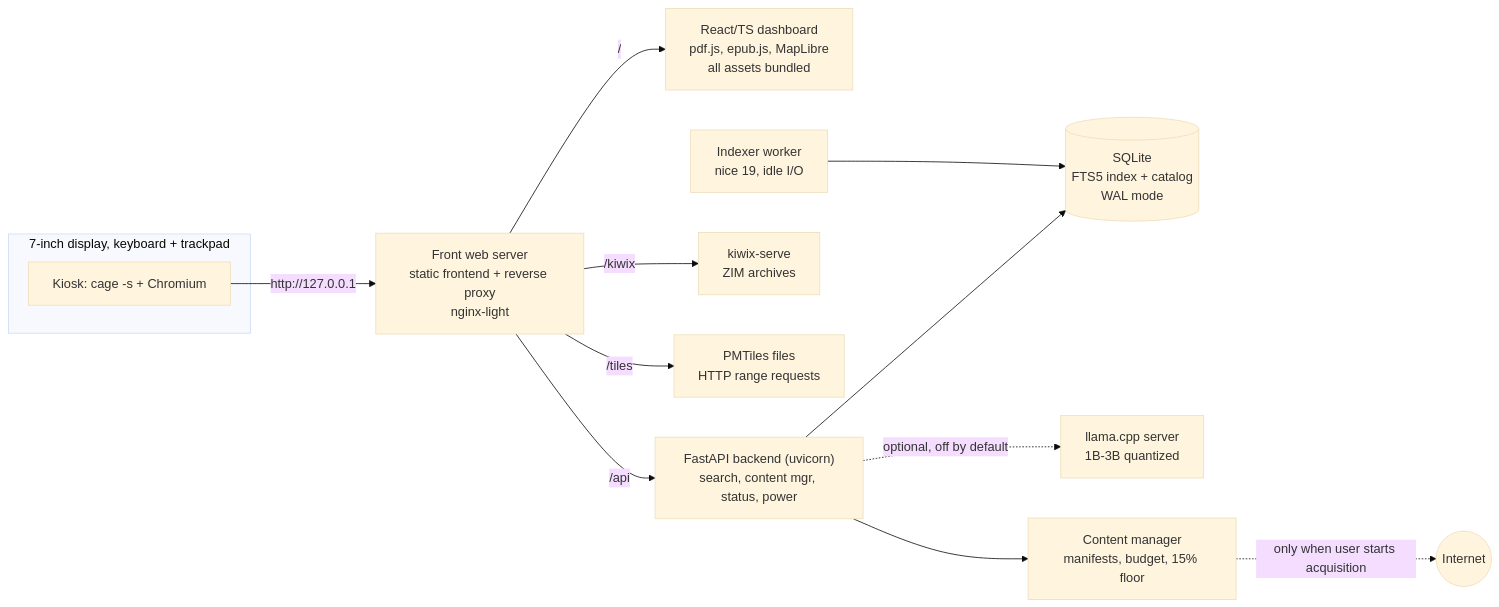
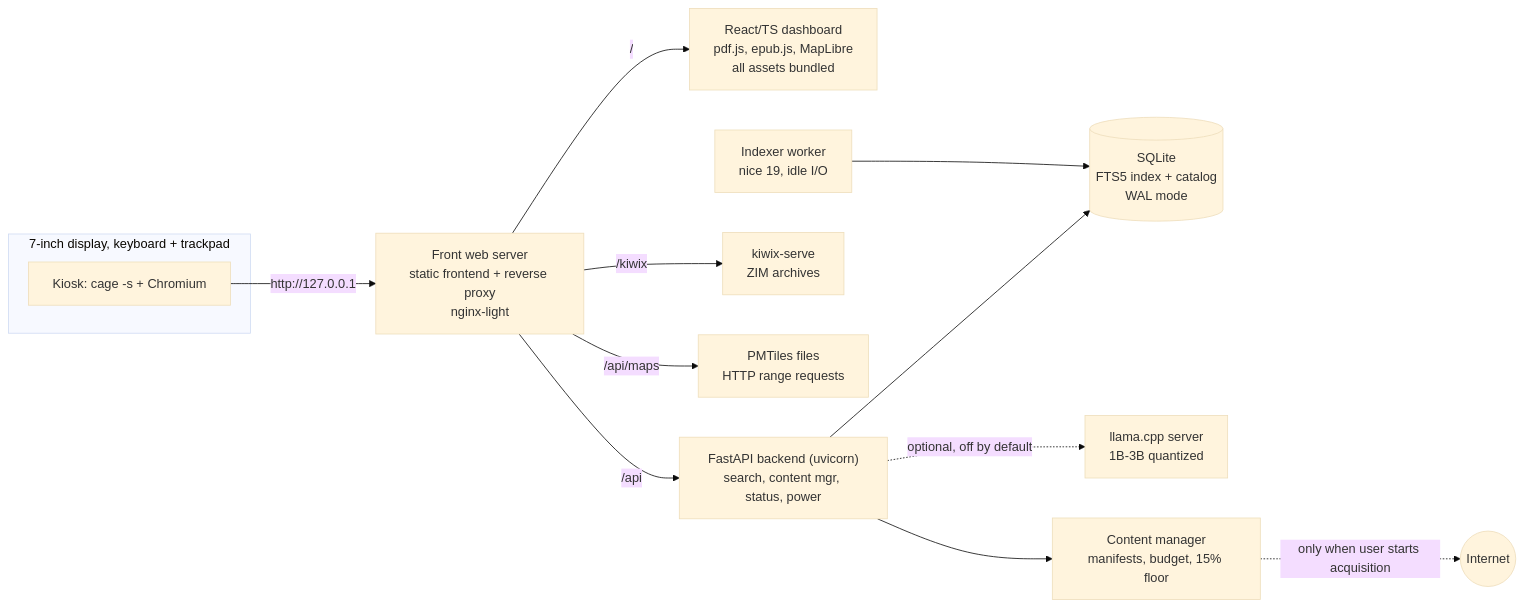
The diagram in docs/ARCHITECTURE.md (cloudelmore/survival-os), drawn with Mermaid (base theme) before and after one commit. The commit also changed other lines of this file and 56 other files, not shown here.

````diff
--- a/docs/ARCHITECTURE.md
+++ b/docs/ARCHITECTURE.md
@@ -19,16 +19,16 @@
 ```mermaid
 flowchart LR
   subgraph Display["7-inch display, keyboard + trackpad"]
     K["Kiosk: cage -s + Chromium"]
   end
   K -->|http://127.0.0.1| W["Front web server<br/>static frontend + reverse proxy<br/>nginx-light"]
   W -->|/| FE["React/TS dashboard<br/>pdf.js, epub.js, MapLibre<br/>all assets bundled"]
   W -->|/api| API["FastAPI backend (uvicorn)<br/>search, content mgr, status, power"]
   W -->|/kiwix| KX["kiwix-serve<br/>ZIM archives"]
-  W -->|/tiles| PM["PMTiles files<br/>HTTP range requests"]
+  W -->|/api/maps| PM["PMTiles files<br/>HTTP range requests"]
   API --> DB[("SQLite<br/>FTS5 index + catalog<br/>WAL mode")]
   IDX["Indexer worker<br/>nice 19, idle I/O"] --> DB
   API -.optional, off by default.-> LLM["llama.cpp server<br/>1B-3B quantized"]
   API --> CM["Content manager<br/>manifests, budget, 15% floor"]
   CM -.only when user starts acquisition.-> NET(("Internet"))
 ```
````
